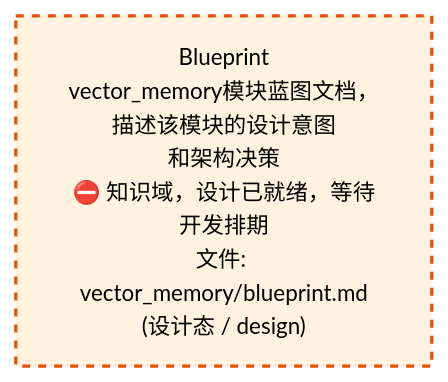
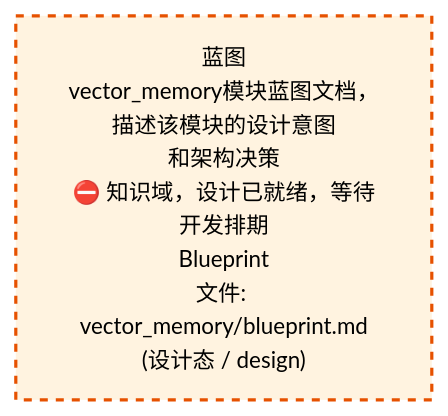
One commit to xuanFelixVan/ZephyrAlpha changed the second of 2 diagrams in docs/02_enterprise_architecture/02_domain_architecture_docs/58_d_knowledge.md. Above: the diagram before and after it, drawn with Mermaid. The commit also changed other lines of this file and 56 other files, not shown here.

````diff
--- a/docs/02_enterprise_architecture/02_domain_architecture_docs/58_d_knowledge.md
+++ b/docs/02_enterprise_architecture/02_domain_architecture_docs/58_d_knowledge.md
@@ -74,10 +74,10 @@
 ```mermaid
 %%{init: {'theme': 'base', 'themeVariables': {'primaryColor': '#eaeaea', 'primaryTextColor': '#333333', 'primaryBorderColor': '#666666', 'lineColor': '#666666', 'secondaryColor': '#eaeaea', 'tertiaryColor': '#eaeaea', 'fontSize': '14px'}}}%%
 flowchart TD
-    docs_03_modules_domain_knowledge_vector_memory_blueprint_md["Blueprint<br/>vector_memory模块蓝图文档，描述该模块的设计意图<br/>和架构决策<br/>⛔ 知识域，设计已就绪，等待开发排期<br/>文件: vector_memory/blueprint.md<br/>(设计态 / design)"]
+    docs_03_modules_domain_knowledge_vector_memory_blueprint_md["蓝图<br/>vector_memory模块蓝图文档，描述该模块的设计意图<br/>和架构决策<br/>⛔ 知识域，设计已就绪，等待开发排期<br/>Blueprint<br/>文件: vector_memory/blueprint.md<br/>(设计态 / design)"]
     classDef production fill:#e1f5fe,stroke:#01579b,stroke-width:2px,color:#000
     classDef design fill:#fff3e0,stroke:#e65100,stroke-width:2px,color:#000,stroke-dasharray: 5 5
     classDef external_prod fill:#e8f4fd,stroke:#0277bd,stroke-width:1px,color:#000
     classDef external_design fill:#fff8e7,stroke:#ef6c00,stroke-width:1px,color:#000,stroke-dasharray: 5 5
     class docs_03_modules_domain_knowledge_vector_memory_blueprint_md design
 ```
````
